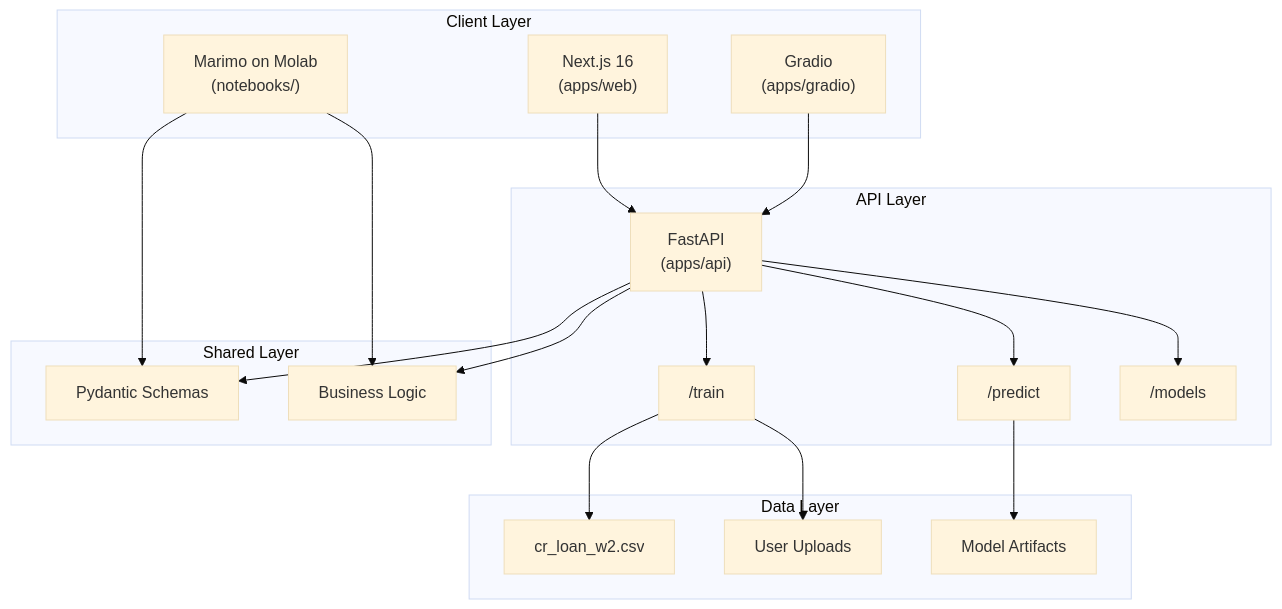
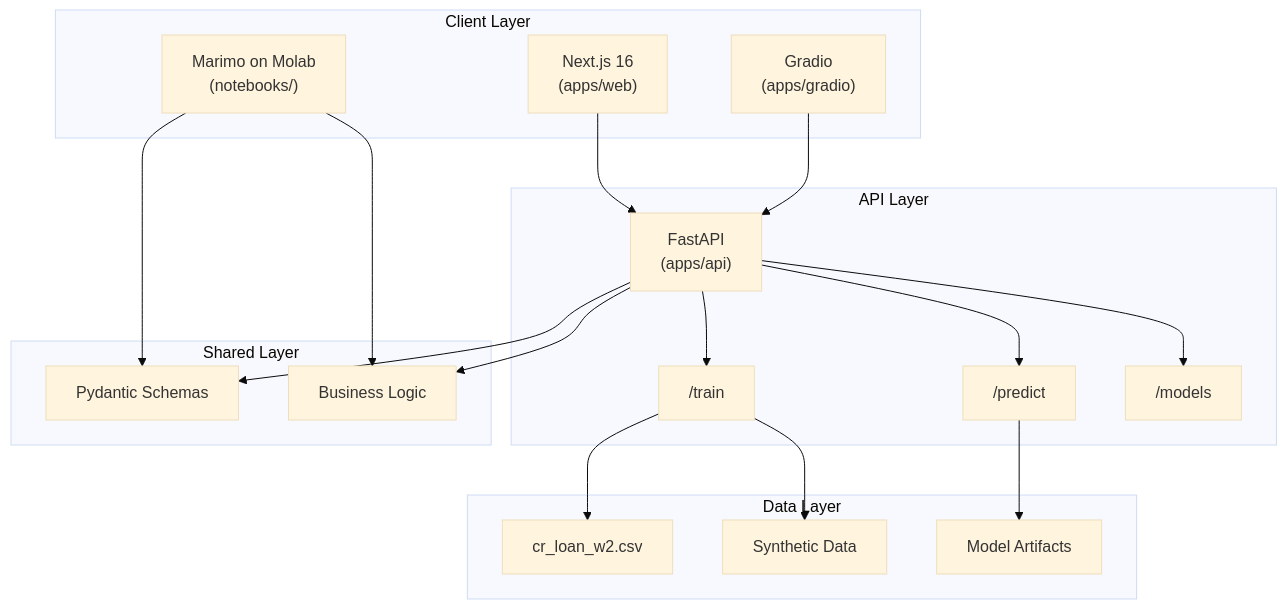
One commit to pkiage/tool-credit-risk-modelling changed the first of 2 diagrams in docs/0-RFCs/RFC-001-CreditRiskPlatformArchitecture.md. Above: the diagram before and after it, drawn with Mermaid (base theme). The commit also changed other lines of this file and 2 other files, not shown here.

Commit message:
docs: update RFCs and changelog for synthetic data (#61)
Replace 'User Uploads' with 'Synthetic Data' in RFC-001 architecture
diagrams. Mark RFC-007 as implemented. Add changelog entries for all
synthetic data features.

````diff
--- a/docs/0-RFCs/RFC-001-CreditRiskPlatformArchitecture.md
+++ b/docs/0-RFCs/RFC-001-CreditRiskPlatformArchitecture.md
@@ -97,36 +97,36 @@
 ```mermaid
 flowchart TB
     subgraph "Client Layer"
         WEB["Next.js 16<br/>(apps/web)"]
         MOLAB["Marimo on Molab<br/>(notebooks/)"]
         GRADIO["Gradio<br/>(apps/gradio)"]
     end
 
     subgraph "API Layer"
         API["FastAPI<br/>(apps/api)"]
         API --> TRAIN["/train"]
         API --> PREDICT["/predict"]
         API --> MODELS["/models"]
     end
 
     subgraph "Shared Layer"
         SCHEMAS["Pydantic Schemas"]
         LOGIC["Business Logic"]
     end
 
     subgraph "Data Layer"
         CSV["cr_loan_w2.csv"]
-        UPLOAD["User Uploads"]
+        SYNTH["Synthetic Data"]
         ARTIFACTS["Model Artifacts"]
     end
 
     WEB --> API
     GRADIO --> API
     MOLAB --> SCHEMAS
     MOLAB --> LOGIC
     API --> SCHEMAS
     API --> LOGIC
     TRAIN --> CSV
-    TRAIN --> UPLOAD
+    TRAIN --> SYNTH
     PREDICT --> ARTIFACTS
 ```
````
